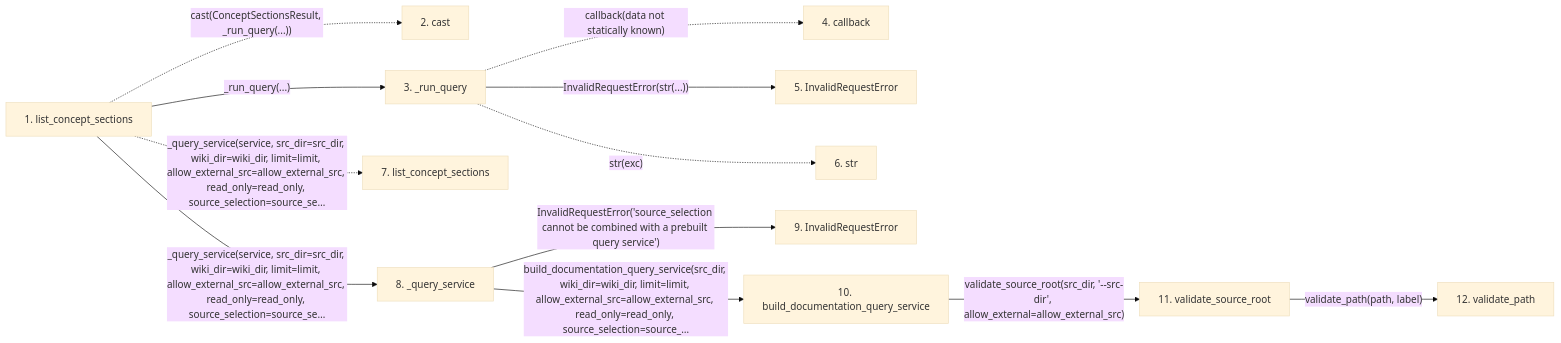
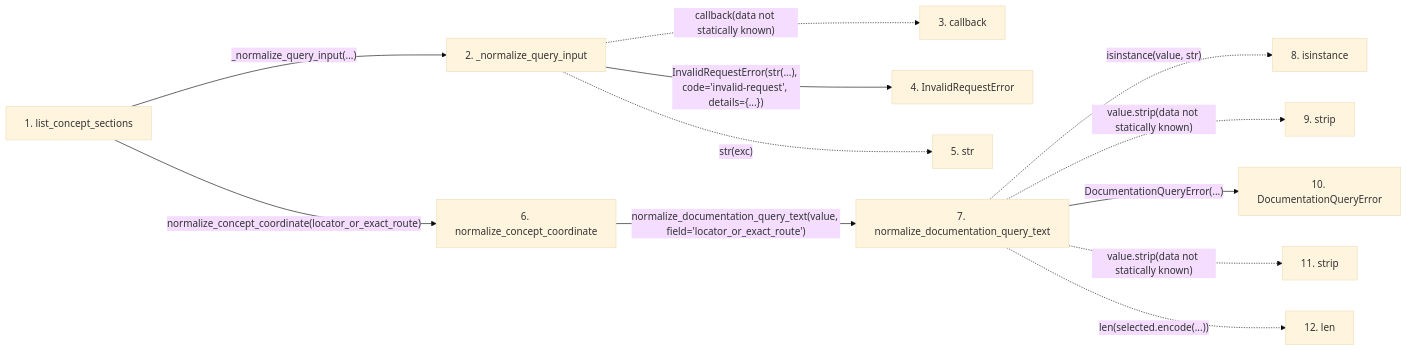
Before and after one commit to Denissvgn/python-wiki-llm: the second of 2 diagrams in docs/llm_wiki/flows/api-list_concept_sections.md, drawn with Mermaid (base theme). The commit also changed other lines of this file and 364 other files, not shown here.

````diff
--- a/docs/llm_wiki/flows/api-list_concept_sections.md
+++ b/docs/llm_wiki/flows/api-list_concept_sections.md
@@ -85,34 +86,32 @@
 ```mermaid
 flowchart LR
     s1["1. list_concept_sections"]
-    s2["2. cast"]
-    s3["3. _run_query"]
-    s4["4. callback"]
-    s5["5. InvalidRequestError"]
-    s6["6. str"]
-    s7["7. list_concept_sections"]
-    s8["8. _query_service"]
-    s9["9. InvalidRequestError"]
-    s10["10. build_documentation_query_service"]
-    s11["11. validate_source_root"]
-    s12["12. validate_path"]
-    s1 -. "cast(ConceptSectionsResult, _run_query(...))" .-> s2
-    s1 -->|"_run_query(...)"| s3
-    s3 -. "callback(data not statically known)" .-> s4
-    s3 -->|"InvalidRequestError(str(...))"| s5
-    s3 -. "str(exc)" .-> s6
-    s1 -. "_query_service(service, src_dir=src_dir, wiki_dir=wiki_dir, limit=limit, allow_external_src=allow_external_src, read_only=read_only, source_selection=source_se…" .-> s7
-    s1 -->|"_query_service(service, src_dir=src_dir, wiki_dir=wiki_dir, limit=limit, allow_external_src=allow_external_src, read_only=read_only, source_selection=source_se…"| s8
-    s8 -->|"InvalidRequestError('source_selection cannot be combined with a prebuilt query service')"| s9
-    s8 -->|"build_documentation_query_service(src_dir, wiki_dir=wiki_dir, limit=limit, allow_external_src=allow_external_src, read_only=read_only, source_selection=source_…"| s10
-    s10 -->|"validate_source_root(src_dir, '--src-dir', allow_external=allow_external_src)"| s11
-    s11 -->|"validate_path(path, label)"| s12
+    s2["2. _normalize_query_input"]
+    s3["3. callback"]
+    s4["4. InvalidRequestError"]
+    s5["5. str"]
+    s6["6. normalize_concept_coordinate"]
+    s7["7. normalize_documentation_query_text"]
+    s8["8. isinstance"]
+    s9["9. strip"]
+    s10["10. DocumentationQueryError"]
+    s11["11. strip"]
+    s12["12. len"]
+    s1 -->|"_normalize_query_input(...)"| s2
+    s2 -. "callback(data not statically known)" .-> s3
+    s2 -->|"InvalidRequestError(str(...), code='invalid-request', details={...})"| s4
+    s2 -. "str(exc)" .-> s5
+    s1 -->|"normalize_concept_coordinate(locator_or_exact_route)"| s6
+    s6 -->|"normalize_documentation_query_text(value, field='locator_or_exact_route')"| s7
+    s7 -. "isinstance(value, str)" .-> s8
+    s7 -. "value.strip(data not statically known)" .-> s9
+    s7 -->|"DocumentationQueryError(...)"| s10
+    s7 -. "value.strip(data not statically known)" .-> s11
+    s7 -. "len(selected.encode(...))" .-> s12
     click s1 "../modules/api.md"
-    click s3 "../modules/api.md"
-    click s5 "../modules/api.md"
-    click s8 "../modules/api.md"
-    click s9 "../modules/api.md"
-    click s10 "../modules/api.md"
-    click s11 "../modules/config.md"
-    click s12 "../modules/config.md"
+    click s2 "../modules/api.md"
+    click s4 "../modules/api.md"
+    click s6 "../modules/documentation_query_builder.md"
+    click s7 "../modules/documentation_query_builder.md"
+    click s10 "../modules/documentation_queries.md"
 ```
````
